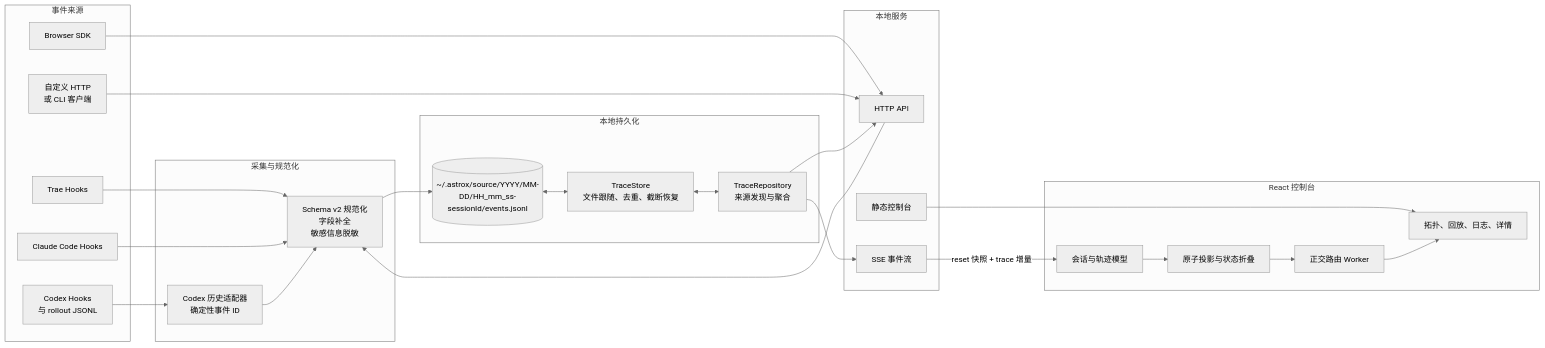
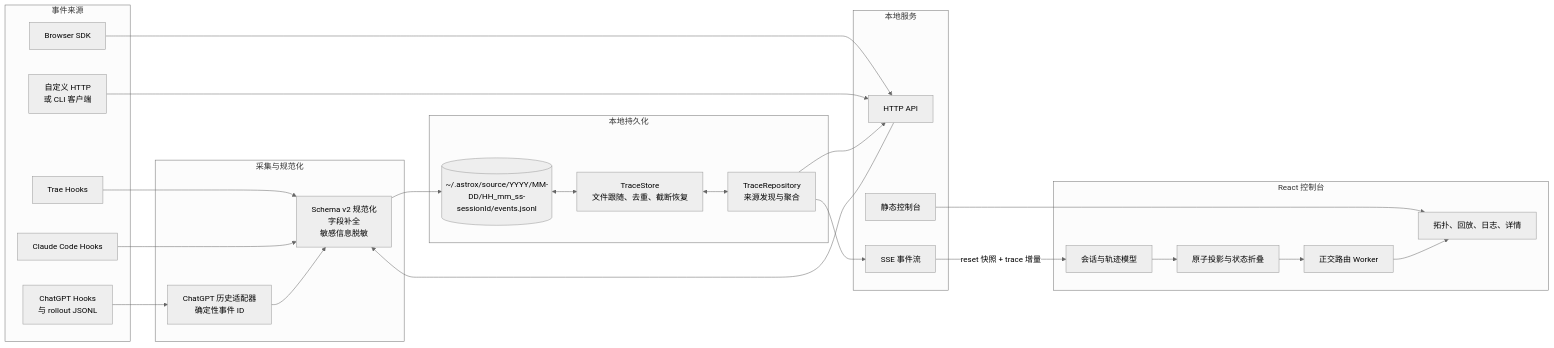
The first of 5 diagrams in README-zh.md (chaos-design/astro), drawn with Mermaid (neutral theme) before and after one commit. The commit also changed other lines of this file and 104 other files, not shown here.

First line of the commit message:
refactor(brand): rename Codex to ChatGPT across the codebase

````diff
--- a/README-zh.md
+++ b/README-zh.md
@@ -497,49 +497,49 @@
 ```mermaid
 flowchart LR
   subgraph Sources["事件来源"]
     Trae["Trae Hooks"]
     Claude["Claude Code Hooks"]
-    Codex["Codex Hooks<br/>与 rollout JSONL"]
+    ChatGPT["ChatGPT Hooks<br/>与 rollout JSONL"]
     Browser["Browser SDK"]
     Custom["自定义 HTTP<br/>或 CLI 客户端"]
   end
 
   subgraph Capture["采集与规范化"]
     Recorder["Schema v2 规范化<br/>字段补全<br/>敏感信息脱敏"]
-    Adapter["Codex 历史适配器<br/>确定性事件 ID"]
+    Adapter["ChatGPT 历史适配器<br/>确定性事件 ID"]
   end
 
   subgraph Storage["本地持久化"]
     Files[("~/.astrox/source/YYYY/MM-DD/HH_mm_ss-sessionId/events.jsonl")]
     Repository["TraceRepository<br/>来源发现与聚合"]
     Stores["TraceStore<br/>文件跟随、去重、截断恢复"]
   end
 
   subgraph Service["本地服务"]
     API["HTTP API"]
     SSE["SSE 事件流"]
     Static["静态控制台"]
   end
 
   subgraph Frontend["React 控制台"]
     Session["会话与轨迹模型"]
     Projection["原子投影与状态折叠"]
     Layout["正交路由 Worker"]
     UI["拓扑、回放、日志、详情"]
   end
 
   Trae --> Recorder
   Claude --> Recorder
-  Codex --> Adapter --> Recorder
+  ChatGPT --> Adapter --> Recorder
   Browser --> API
   Custom --> API
   API --> Recorder
   Recorder --> Files
   Files <--> Stores
   Stores <--> Repository
   Repository --> API
   Repository --> SSE
   Static --> UI
   SSE -->|"reset 快照 + trace 增量"| Session
   Session --> Projection --> Layout --> UI
 ```
````
